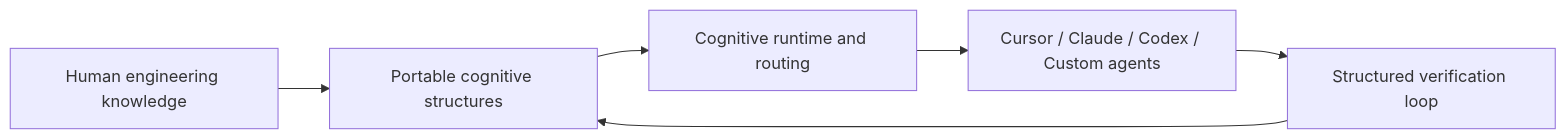
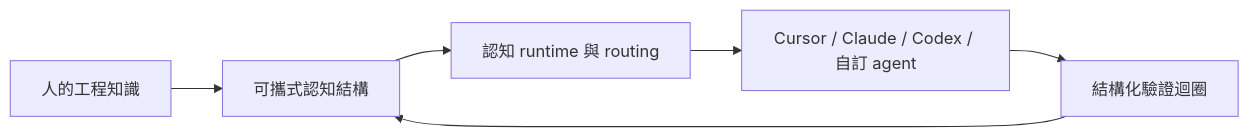
The diagram in README.md (linyihong/ai-skill), drawn with Mermaid before and after one commit. The commit also changed other lines of this file, not shown here.

````diff
--- a/README.md
+++ b/README.md
@@ -58,8 +97,8 @@
 ```mermaid
 flowchart LR
-    HumanKnowledge["Human engineering knowledge"] --> CognitiveSystem["Portable cognitive structures"]
-    CognitiveSystem --> Runtime["Cognitive runtime and routing"]
-    Runtime --> Agents["Cursor / Claude / Codex / Custom agents"]
-    Agents --> Verification["Structured verification loop"]
+    HumanKnowledge["人的工程知識"] --> CognitiveSystem["可攜式認知結構"]
+    CognitiveSystem --> Runtime["認知 runtime 與 routing"]
+    Runtime --> Agents["Cursor / Claude / Codex / 自訂 agent"]
+    Agents --> Verification["結構化驗證迴圈"]
     Verification --> CognitiveSystem
 ```
````
